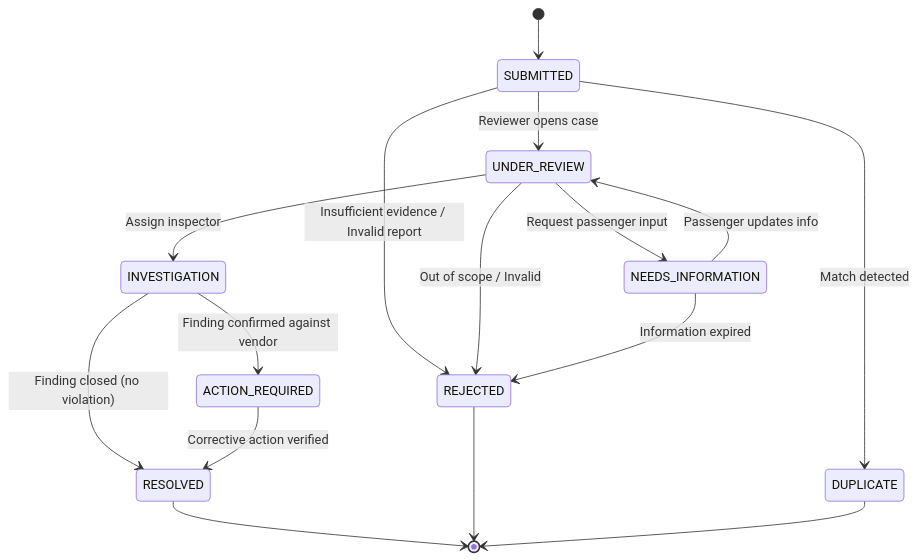
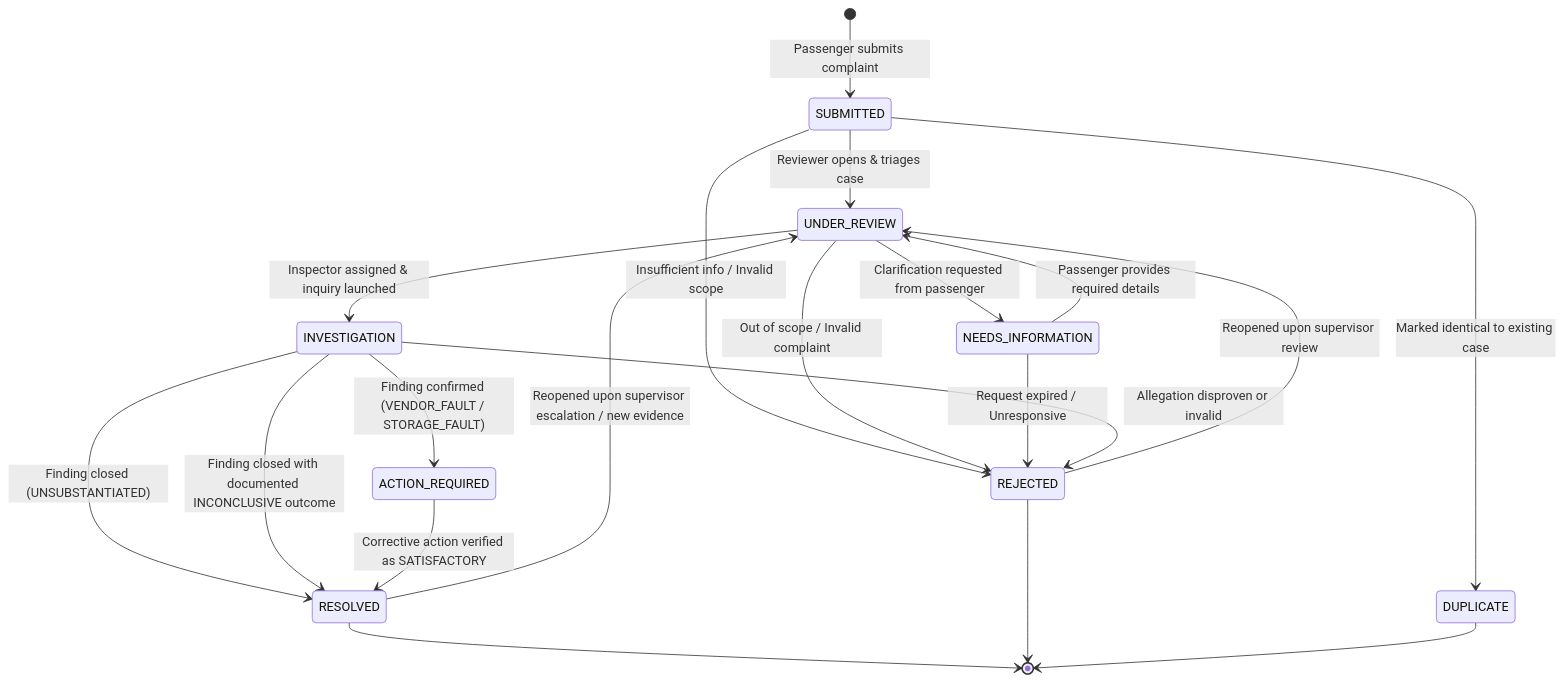
The second of 2 diagrams in docs/DATABASE.md (rkk416/railguard), drawn with Mermaid before and after one commit. The commit also changed other lines of this file and 89 other files, not shown here.

````diff
--- a/docs/DATABASE.md
+++ b/docs/DATABASE.md
@@ -160,23 +205,29 @@
 ```mermaid
 stateDiagram-v2
-    [*] --> SUBMITTED
-    SUBMITTED --> UNDER_REVIEW : Reviewer opens case
-    SUBMITTED --> DUPLICATE : Match detected
-    SUBMITTED --> REJECTED : Insufficient evidence / Invalid report
-    
-    UNDER_REVIEW --> INVESTIGATION : Assign inspector
-    UNDER_REVIEW --> NEEDS_INFORMATION : Request passenger input
-    UNDER_REVIEW --> REJECTED : Out of scope / Invalid
-    
-    NEEDS_INFORMATION --> UNDER_REVIEW : Passenger updates info
-    NEEDS_INFORMATION --> REJECTED : Information expired
-    
-    INVESTIGATION --> ACTION_REQUIRED : Finding confirmed against vendor
-    INVESTIGATION --> RESOLVED : Finding closed (no violation)
-    
-    ACTION_REQUIRED --> RESOLVED : Corrective action verified
-    
+    [*] --> SUBMITTED : Passenger submits complaint
+
+    SUBMITTED --> UNDER_REVIEW : Reviewer opens & triages case
+    SUBMITTED --> DUPLICATE : Marked identical to existing case
+    SUBMITTED --> REJECTED : Insufficient info / Invalid scope
+
+    UNDER_REVIEW --> INVESTIGATION : Inspector assigned & inquiry launched
+    UNDER_REVIEW --> NEEDS_INFORMATION : Clarification requested from passenger
+    UNDER_REVIEW --> REJECTED : Out of scope / Invalid complaint
+
+    NEEDS_INFORMATION --> UNDER_REVIEW : Passenger provides required details
+    NEEDS_INFORMATION --> REJECTED : Request expired / Unresponsive
+
+    INVESTIGATION --> ACTION_REQUIRED : Finding confirmed (VENDOR_FAULT / STORAGE_FAULT)
+    INVESTIGATION --> RESOLVED : Finding closed (UNSUBSTANTIATED)
+    INVESTIGATION --> RESOLVED : Finding closed with documented INCONCLUSIVE outcome
+    INVESTIGATION --> REJECTED : Allegation disproven or invalid
+
+    ACTION_REQUIRED --> RESOLVED : Corrective action verified as SATISFACTORY
+
+    RESOLVED --> UNDER_REVIEW : Reopened upon supervisor escalation / new evidence
+    REJECTED --> UNDER_REVIEW : Reopened upon supervisor review
+
     RESOLVED --> [*]
     REJECTED --> [*]
     DUPLICATE --> [*]
 ```
````
